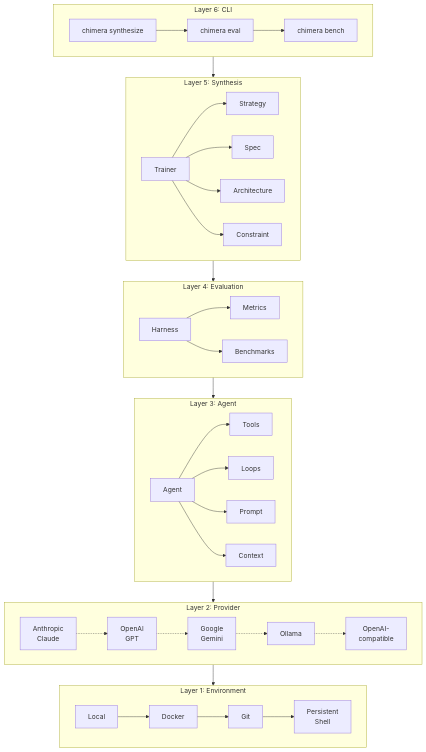
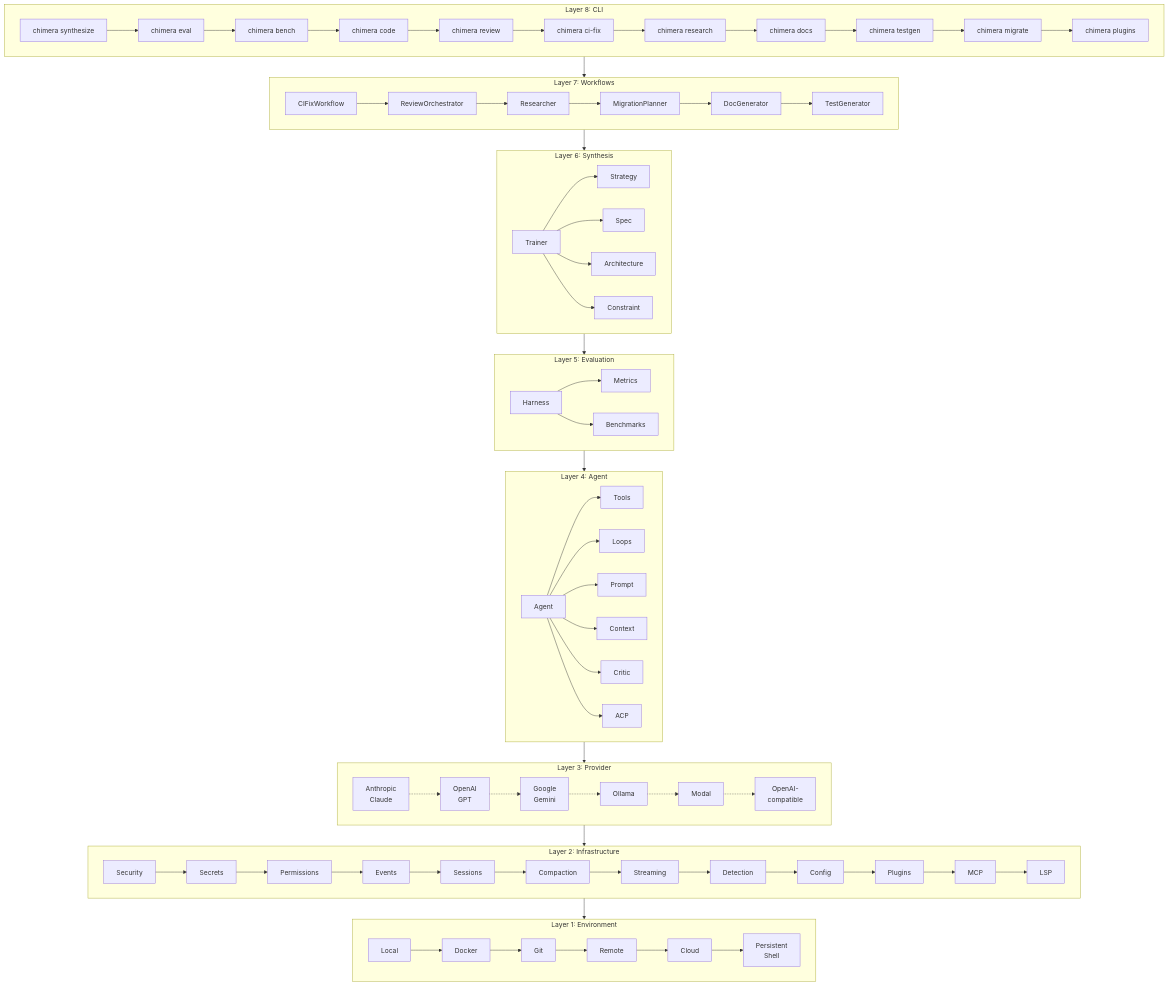
Before and after one commit to 0bserver07/chimera: the first of 4 diagrams in docs/architecture.md, drawn with Mermaid. The commit also changed other lines of this file, not shown here.

First line of the commit message:
docs: update architecture to 8-layer stack with full module map

````diff
--- a/docs/architecture.md
+++ b/docs/architecture.md
@@ -9,15 +9,46 @@
 ```mermaid
 graph TD
-    subgraph Layer6["Layer 6: CLI"]
+    subgraph Layer8["Layer 8: CLI"]
         direction LR
         CLI1["chimera synthesize"]
         CLI2["chimera eval"]
         CLI3["chimera bench"]
+        CLI4["chimera code"]
+        CLI5["chimera review"]
+        CLI6["chimera ci-fix"]
+        CLI7["chimera research"]
+        CLI8["chimera docs"]
+        CLI9["chimera testgen"]
+        CLI10["chimera migrate"]
+        CLI11["chimera plugins"]
         CLI1 --> CLI2
         CLI2 --> CLI3
+        CLI3 --> CLI4
+        CLI4 --> CLI5
+        CLI5 --> CLI6
+        CLI6 --> CLI7
+        CLI7 --> CLI8
+        CLI8 --> CLI9
+        CLI9 --> CLI10
+        CLI10 --> CLI11
     end
 
-    subgraph Layer5["Layer 5: Synthesis"]
+    subgraph Layer7["Layer 7: Workflows"]
+        direction LR
+        CIFix["CIFixWorkflow"]
+        Review["ReviewOrchestrator"]
+        Research["Researcher"]
+        Migration["MigrationPlanner"]
+        DocGen["DocGenerator"]
+        TestGen["TestGenerator"]
+        CIFix --> Review
+        Review --> Research
+        Research --> Migration
+        Migration --> DocGen
+        DocGen --> TestGen
+    end
+
+    subgraph Layer6["Layer 6: Synthesis"]
         direction LR
         Trainer["Trainer"]
         Strategy["Strategy"]
@@ -30,7 +61,7 @@
         Trainer --> Constraint
     end
 
-    subgraph Layer4["Layer 4: Evaluation"]
+    subgraph Layer5["Layer 5: Evaluation"]
         direction LR
         Harness["Harness"]
         Metrics["Metrics"]
@@ -39,30 +70,63 @@
         Harness --> Benchmarks
     end
 
-    subgraph Layer3["Layer 3: Agent"]
+    subgraph Layer4["Layer 4: Agent"]
         direction LR
         Agent["Agent"]
         Tools["Tools"]
         Loops["Loops"]
         Prompt["Prompt"]
         Context["Context"]
+        Critic["Critic"]
+        ACP["ACP"]
         Agent --> Tools
         Agent --> Loops
         Agent --> Prompt
         Agent --> Context
+        Agent --> Critic
+        Agent --> ACP
     end
 
-    subgraph Layer2["Layer 2: Provider"]
+    subgraph Layer3["Layer 3: Provider"]
         direction LR
         Anthropic["Anthropic<br/>Claude"]
         OpenAI["OpenAI<br/>GPT"]
         Google["Google<br/>Gemini"]
         Ollama["Ollama"]
+        Modal["Modal"]
         Compatible["OpenAI-<br/>compatible"]
         Anthropic -.-> OpenAI
         OpenAI -.-> Google
         Google -.-> Ollama
-        Ollama -.-> Compatible
+        Ollama -.-> Modal
+        Modal -.-> Compatible
+    end
+
+    subgraph Layer2["Layer 2: Infrastructure"]
+        direction LR
+        Security["Security"]
+        Secrets["Secrets"]
+        Permissions["Permissions"]
+        Events["Events"]
+        Sessions["Sessions"]
+        Compaction["Compaction"]
+        Streaming["Streaming"]
+        Detection["Detection"]
+        Config["Config"]
+        PluginsInfra["Plugins"]
+        MCPInfra["MCP"]
+        LSPInfra["LSP"]
+        Security --> Secrets
+        Secrets --> Permissions
+        Permissions --> Events
+        Events --> Sessions
+        Sessions --> Compaction
+        Compaction --> Streaming
+        Streaming --> Detection
+        Detection --> Config
+        Config --> PluginsInfra
+        PluginsInfra --> MCPInfra
+        MCPInfra --> LSPInfra
     end
 
     subgraph Layer1["Layer 1: Environment"]
@@ -70,12 +134,18 @@
         Local["Local"]
         Docker["Docker"]
         Git["Git"]
+        Remote["Remote"]
+        Cloud["Cloud"]
         Shell["Persistent<br/>Shell"]
         Local --> Docker
         Docker --> Git
-        Git --> Shell
+        Git --> Remote
+        Remote --> Cloud
+        Cloud --> Shell
     end
 
+    Layer8 --> Layer7
+    Layer7 --> Layer6
     Layer6 --> Layer5
     Layer5 --> Layer4
     Layer4 --> Layer3
````
